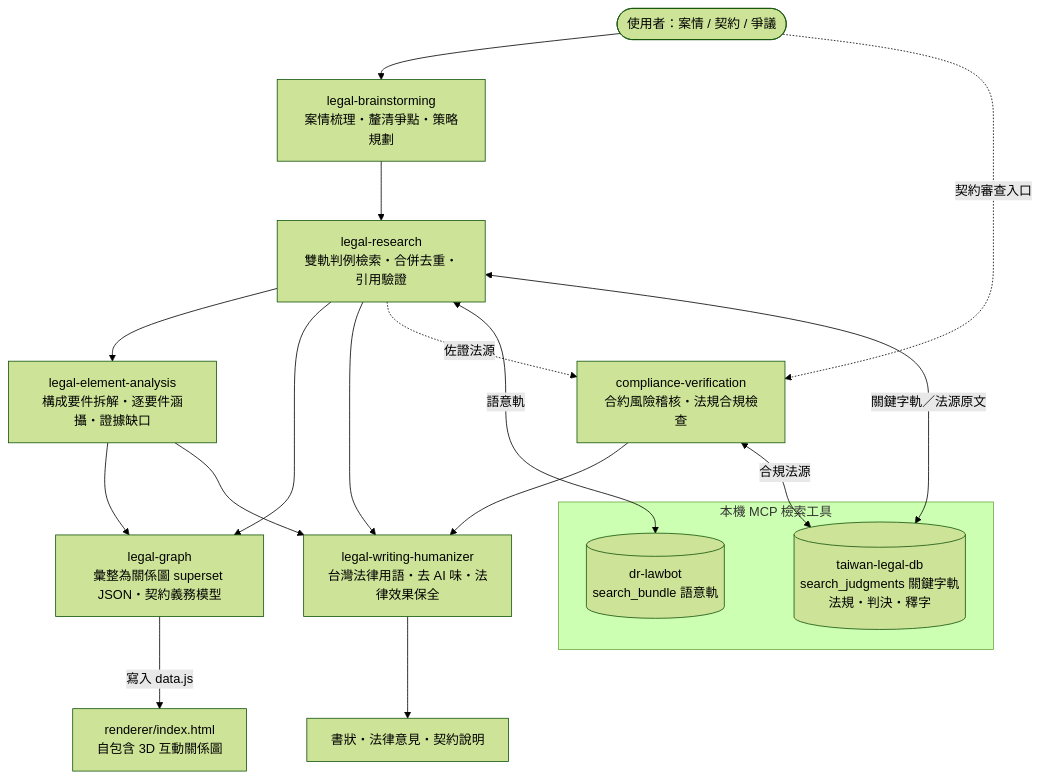
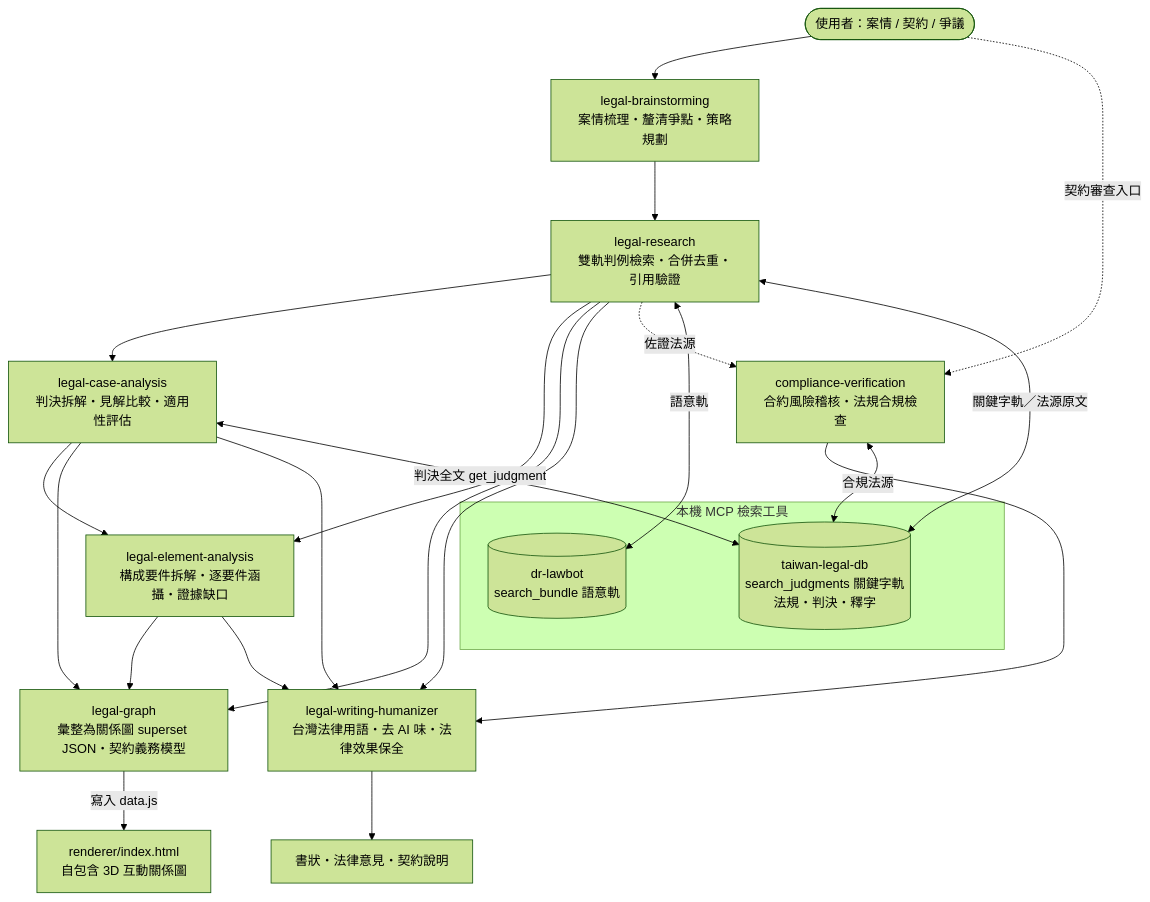
One commit to kevintsai1202/law-powers changed the diagram in README.md. Above: the diagram before and after it, drawn with Mermaid (forest theme). The commit also changed other lines of this file and 12 other files, not shown here.

First line of the commit message:
feat: 新增 legal-case-analysis 判決深度分析技能（第 8 個技能）

````diff
--- a/README.md
+++ b/README.md
@@ -116,35 +117,41 @@
 ```mermaid
 flowchart TD
     U(["使用者：案情 / 契約 / 爭議"])
     LB["legal-brainstorming<br/>案情梳理・釐清爭點・策略規劃"]
     LR["legal-research<br/>雙軌判例檢索・合併去重・引用驗證"]
+    CA["legal-case-analysis<br/>判決拆解・見解比較・適用性評估"]
     EA["legal-element-analysis<br/>構成要件拆解・逐要件涵攝・證據缺口"]
     LG["legal-graph<br/>彙整為關係圖 superset JSON・契約義務模型"]
     CV["compliance-verification<br/>合約風險稽核・法規合規檢查"]
     LWH["legal-writing-humanizer<br/>台灣法律用語・去 AI 味・法律效果保全"]
     DOC["書狀・法律意見・契約說明"]
     RN["renderer/index.html<br/>自包含 3D 互動關係圖"]
     DB1[("dr-lawbot<br/>search_bundle 語意軌")]
     DB2[("taiwan-legal-db<br/>search_judgments 關鍵字軌<br/>法規・判決・釋字")]
 
     U --> LB
     U -. 契約審查入口 .-> CV
     LB --> LR
+    LR --> CA
     LR --> EA
+    CA --> EA
+    CA --> LG
+    CA --> LWH
     EA --> LG
     EA --> LWH
     LR --> LG
     LR --> LWH
     CV --> LWH
     LWH --> DOC
     LG -->|寫入 data.js| RN
     LR -. 佐證法源 .-> CV
     LR <-->|語意軌| DB1
     LR <-->|關鍵字軌／法源原文| DB2
+    CA <-->|判決全文 get_judgment| DB2
     CV <-->|合規法源| DB2
 
     subgraph MCP [本機 MCP 檢索工具]
         DB1
         DB2
     end
 ```
````
